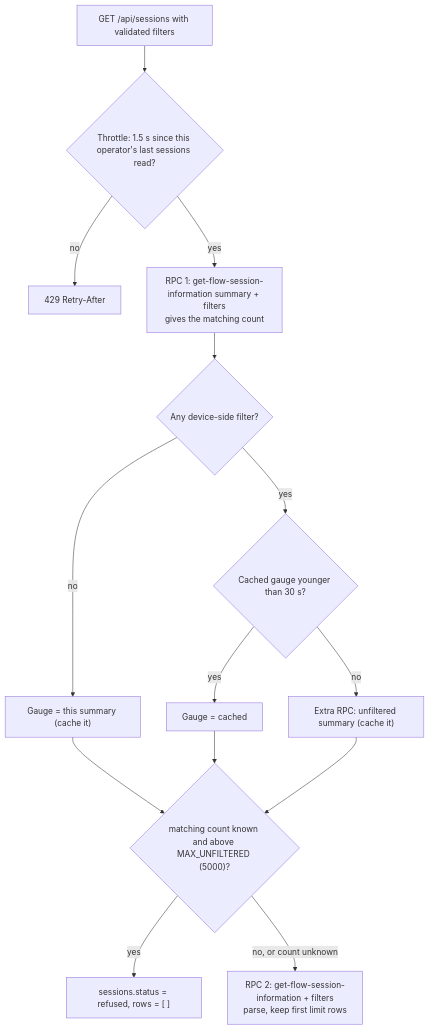
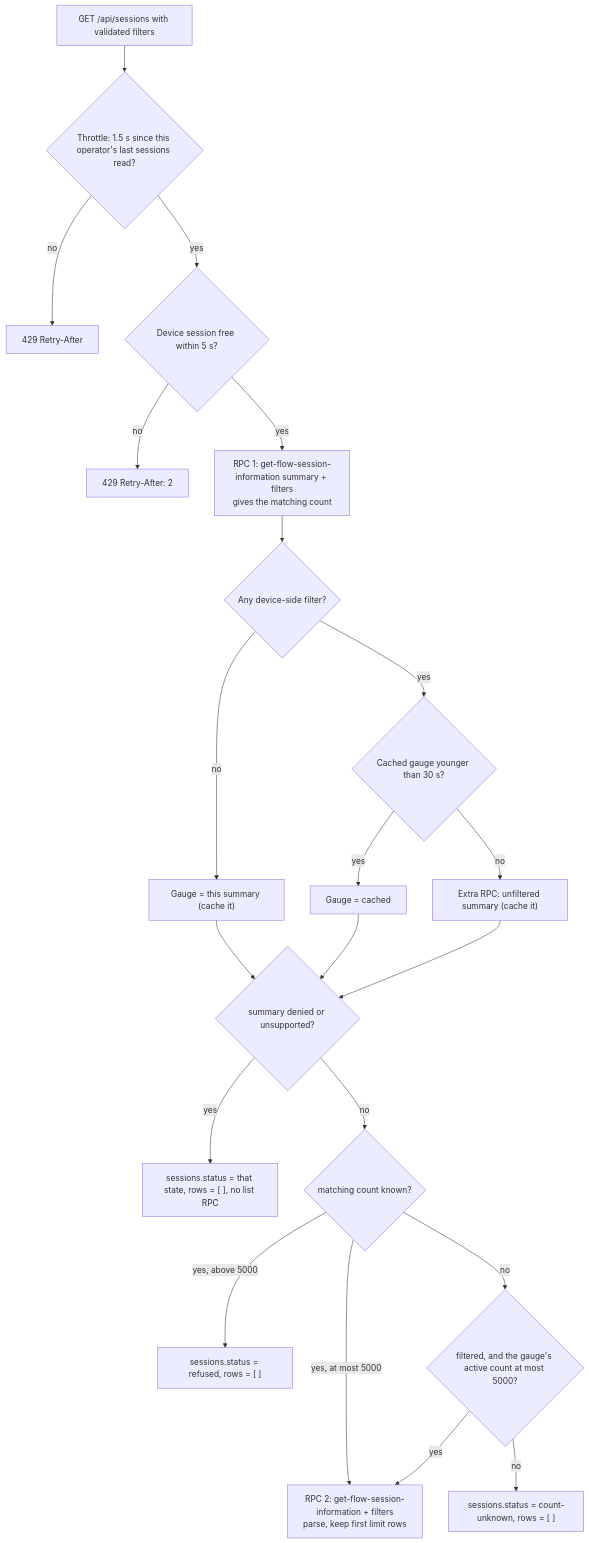
One commit to robertsonc/jwicket changed the first of 3 diagrams in docs/specs/004-live-sessions-and-logs.md. Above: the diagram before and after it, drawn with Mermaid. The commit also changed other lines of this file and 45 other files, not shown here.

````diff
--- a/docs/specs/004-live-sessions-and-logs.md
+++ b/docs/specs/004-live-sessions-and-logs.md
@@ -154,16 +156,23 @@
 ```mermaid
 flowchart TD
     Q["GET /api/sessions with validated filters"] --> T{"Throttle: 1.5 s since this operator's last sessions read?"}
     T -- no --> E429["429 Retry-After"]
-    T -- yes --> S1["RPC 1: get-flow-session-information summary + filters<br/>gives the matching count"]
+    T -- yes --> W{"Device session free within 5 s?"}
+    W -- no --> B429["429 Retry-After: 2"]
+    W -- yes --> S1["RPC 1: get-flow-session-information summary + filters<br/>gives the matching count"]
     S1 --> F{"Any device-side filter?"}
     F -- no --> G1["Gauge = this summary (cache it)"]
     F -- yes --> GC{"Cached gauge younger than 30 s?"}
     GC -- yes --> G2["Gauge = cached"]
     GC -- no --> G3["Extra RPC: unfiltered summary (cache it)"]
-    G1 --> M{"matching count known and above MAX_UNFILTERED (5000)?"}
-    G2 --> M
-    G3 --> M
-    M -- yes --> R["sessions.status = refused, rows = [ ]"]
-    M -- "no, or count unknown" --> L["RPC 2: get-flow-session-information + filters<br/>parse, keep first limit rows"]
+    G1 --> D{"summary denied or unsupported?"}
+    G2 --> D
+    G3 --> D
+    D -- yes --> DS["sessions.status = that state, rows = [ ], no list RPC"]
+    D -- no --> M{"matching count known?"}
+    M -- "yes, at most 5000" --> L["RPC 2: get-flow-session-information + filters<br/>parse, keep first limit rows"]
+    M -- "yes, above 5000" --> R["sessions.status = refused, rows = [ ]"]
+    M -- no --> A{"filtered, and the gauge's active count at most 5000?"}
+    A -- yes --> L
+    A -- no --> CU["sessions.status = count-unknown, rows = [ ]"]
 ```
````
